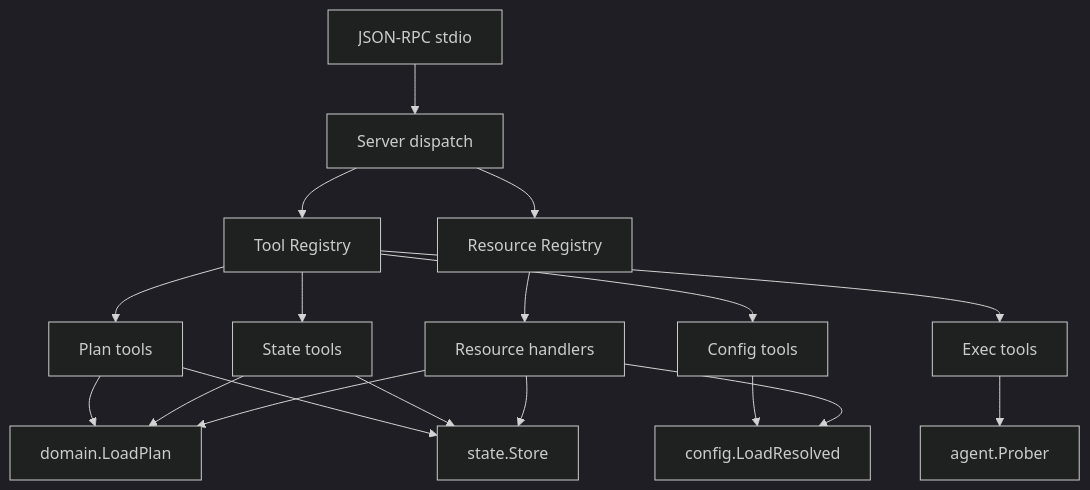
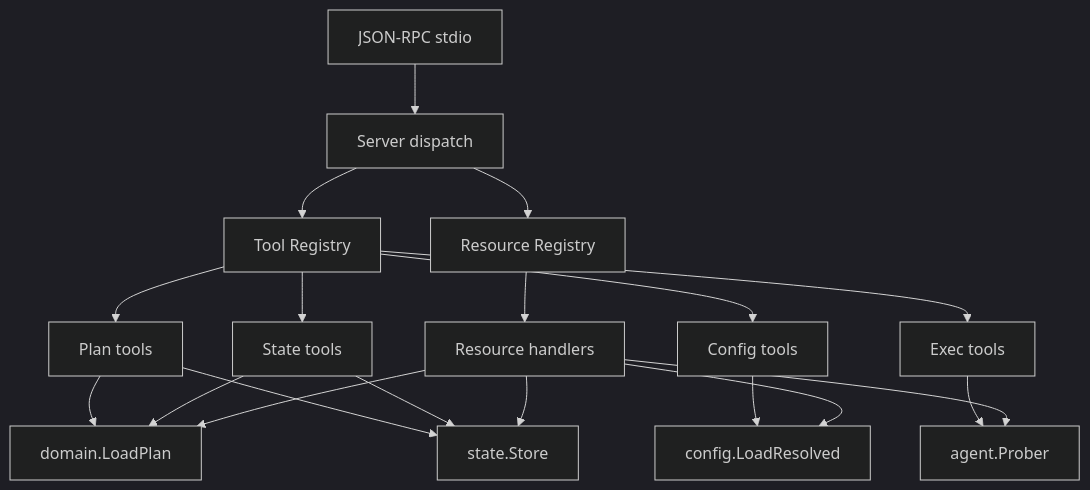
The fourth of 4 diagrams in docs/mcp.md (opus-domini/praetor), drawn with Mermaid before and after one commit. The commit also changed other lines of this file and 88 other files, not shown here.

````diff
--- a/docs/mcp.md
+++ b/docs/mcp.md
@@ -200,27 +210,28 @@
 ```mermaid
 ---
 config:
   theme: dark
 ---
 flowchart TD
     STDIO[JSON-RPC stdio] --> Server[Server dispatch]
     Server --> TR[Tool Registry]
     Server --> RR[Resource Registry]
 
     TR --> PlanTools[Plan tools]
     TR --> StateTools[State tools]
     TR --> ConfigTools[Config tools]
     TR --> ExecTools[Exec tools]
 
     RR --> ResHandlers[Resource handlers]
 
     PlanTools --> DL[domain.LoadPlan]
     PlanTools --> SS[state.Store]
     StateTools --> SS
     StateTools --> DL
     ConfigTools --> CR[config.LoadResolved]
     ExecTools --> AP[agent.Prober]
     ResHandlers --> DL
     ResHandlers --> SS
     ResHandlers --> CR
+    ResHandlers --> AP
 ```
````
